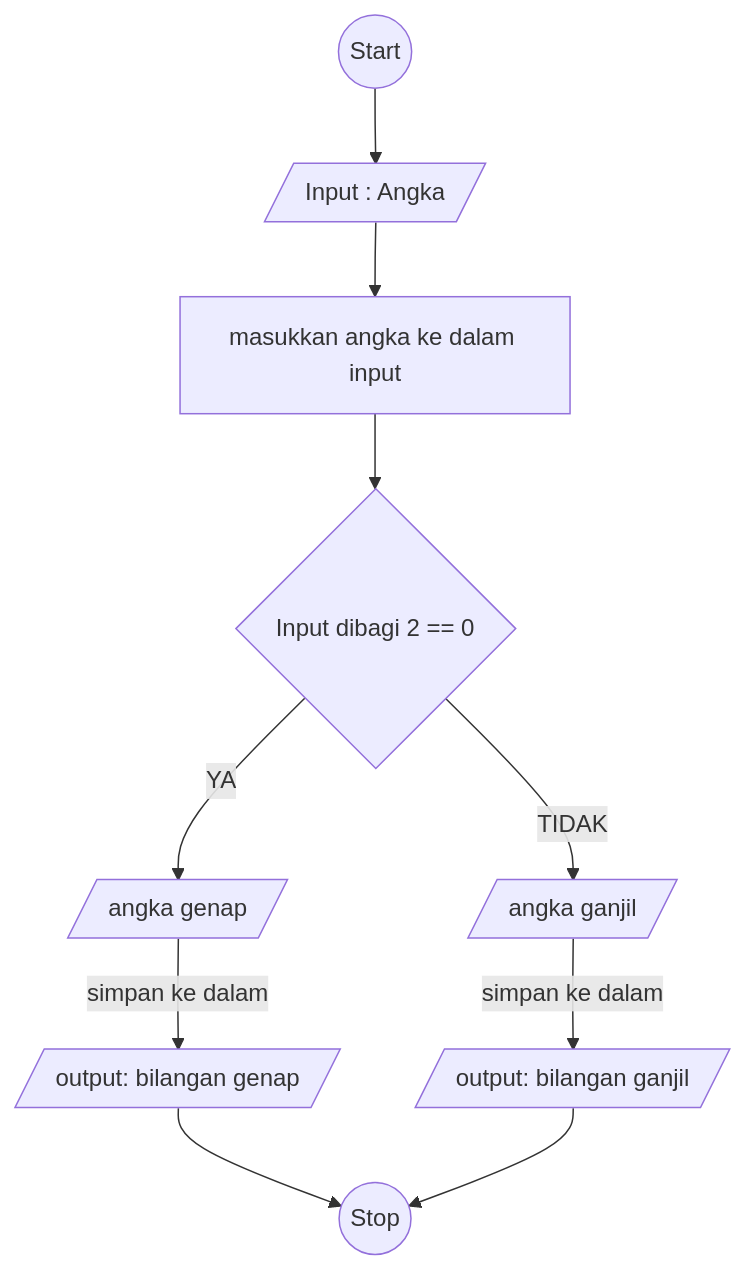
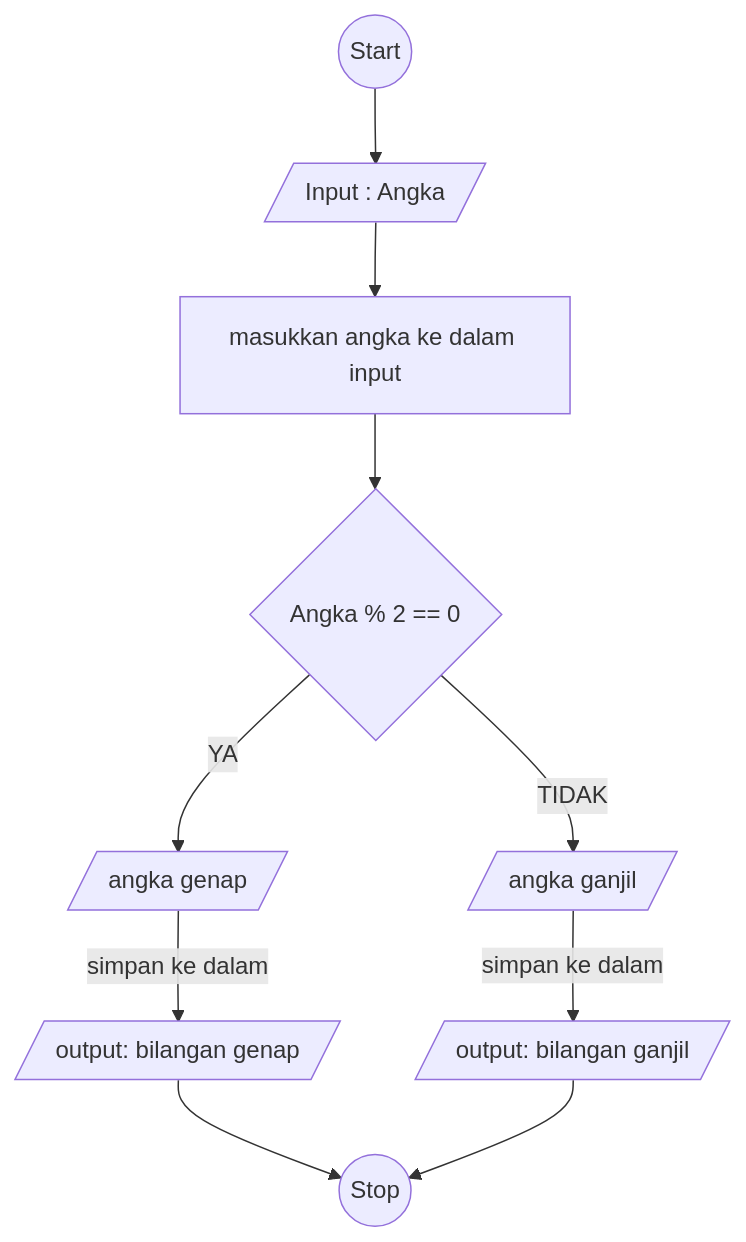
Before and after one commit to makarim22/koda-b6-algoritma: the diagram in flowchart-ganjil-genap.md, drawn with Mermaid. The commit also changed other lines of this file, not shown here.

````diff
--- a/flowchart-ganjil-genap.md
+++ b/flowchart-ganjil-genap.md
@@ -4,27 +4,27 @@
 ```mermaid
 flowchart TD
     A@{ shape: circle, label: "Start" } -->C
 
     C@{ shape: lean-r, label: "Input : Angka" } --> Z
 
     Z@{ shape: rect, label: "masukkan angka ke dalam input" } -->E
 
-    E@{ shape: diamond, label: "Input dibagi 2 == 0" } 
+    E@{ shape: diamond, label: "Angka % 2 == 0" } 
 
     E -- YA --> G
 
     E -- TIDAK --> F
 
     G@{ shape: lean-r, label: "angka genap" } -->|simpan ke dalam| H
 
     F@{ shape: lean-r, label: "angka ganjil" } -->|simpan ke dalam| I
 
     H@{ shape: lean-r, label: "output: bilangan genap"} --> B
 
     I@{ shape: lean-r, label: "output: bilangan ganjil"} --> B
 
 
 
     B@{ shape: circle, label: "Stop" }
 
 ```
````
